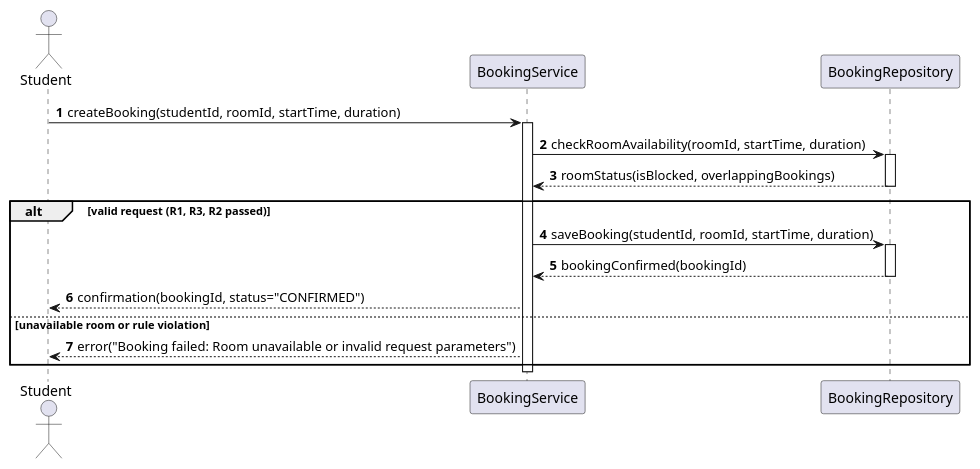
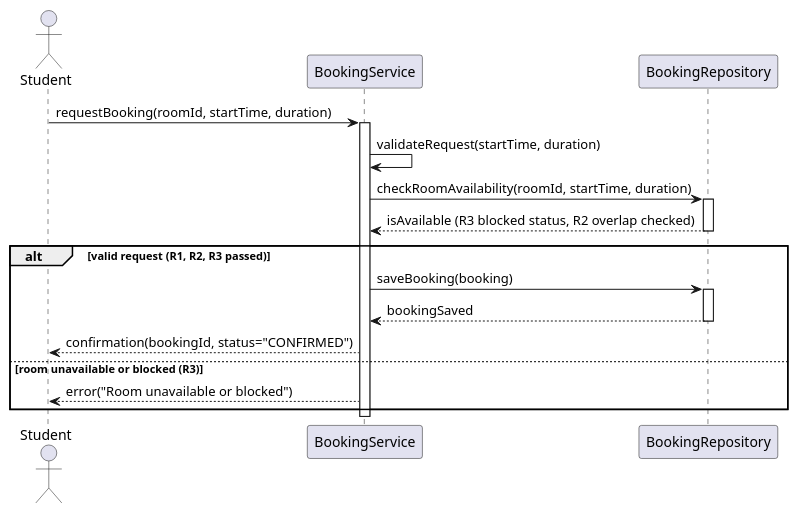
Before and after one commit to nurassylgalym/se-practice: the diagram in week-04/models/sequence.puml, drawn with PlantUML. The commit also changed 7 other files, not shown here.

Commit message:
week-04: complete diagrams and lab report

```diff
--- a/week-04/models/sequence.puml
+++ b/week-04/models/sequence.puml
@@ -1,35 +1,26 @@
 @startuml
-' Task 3A: Sequence Diagram for Book room
-autonumber
-
 actor Student
 participant BookingService
 participant BookingRepository
 
-Student -> BookingService : createBooking(studentId, roomId, startTime, duration)
+Student -> BookingService : requestBooking(roomId, startTime, duration)
 activate BookingService
 
-' Step 1: Validate rules (R1, R3, R2) before attempting reservation
+BookingService -> BookingService : validateRequest(startTime, duration)
+
 BookingService -> BookingRepository : checkRoomAvailability(roomId, startTime, duration)
 activate BookingRepository
-BookingRepository --> BookingService : roomStatus(isBlocked, overlappingBookings)
+BookingRepository --> BookingService : isAvailable (R3 blocked status, R2 overlap checked)
 deactivate BookingRepository
 
-' Step 2: Attempt reservation using alt block (guards without square brackets)
-alt valid request (R1, R3, R2 passed)
-    ' Successful reservation branch
-    BookingService -> BookingRepository : saveBooking(studentId, roomId, startTime, duration)
+alt valid request (R1, R2, R3 passed)
+    BookingService -> BookingRepository : saveBooking(booking)
     activate BookingRepository
-    BookingRepository --> BookingService : bookingConfirmed(bookingId)
+    BookingRepository --> BookingService : bookingSaved
     deactivate BookingRepository
-
-    ' R4 Confirmation output
     BookingService --> Student : confirmation(bookingId, status="CONFIRMED")
-
-else unavailable room or rule violation
-    ' Alternative branch: room blocked, overlapping time slot, or invalid duration/time
-    BookingService --> Student : error("Booking failed: Room unavailable or invalid request parameters")
+else room unavailable or blocked (R3)
+    BookingService --> Student : error("Room unavailable or blocked")
 end
-
 deactivate BookingService
-@endl
+@enduml
```
